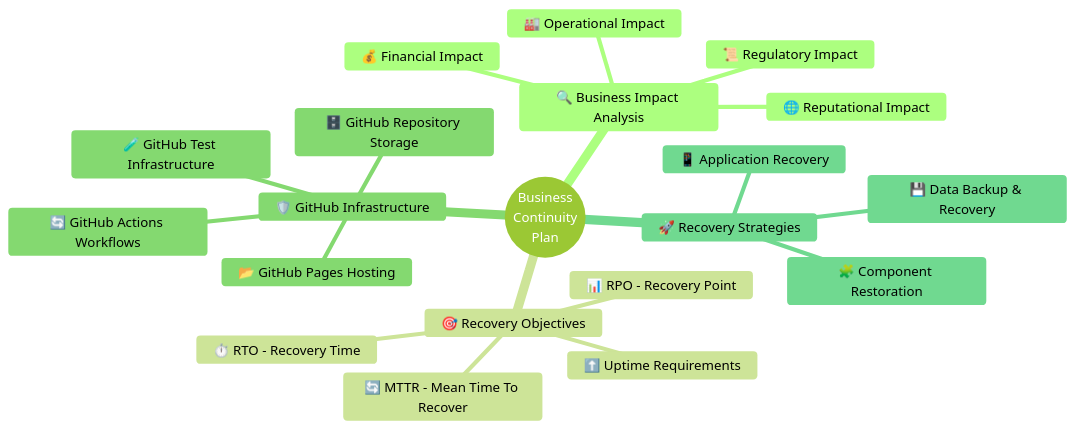
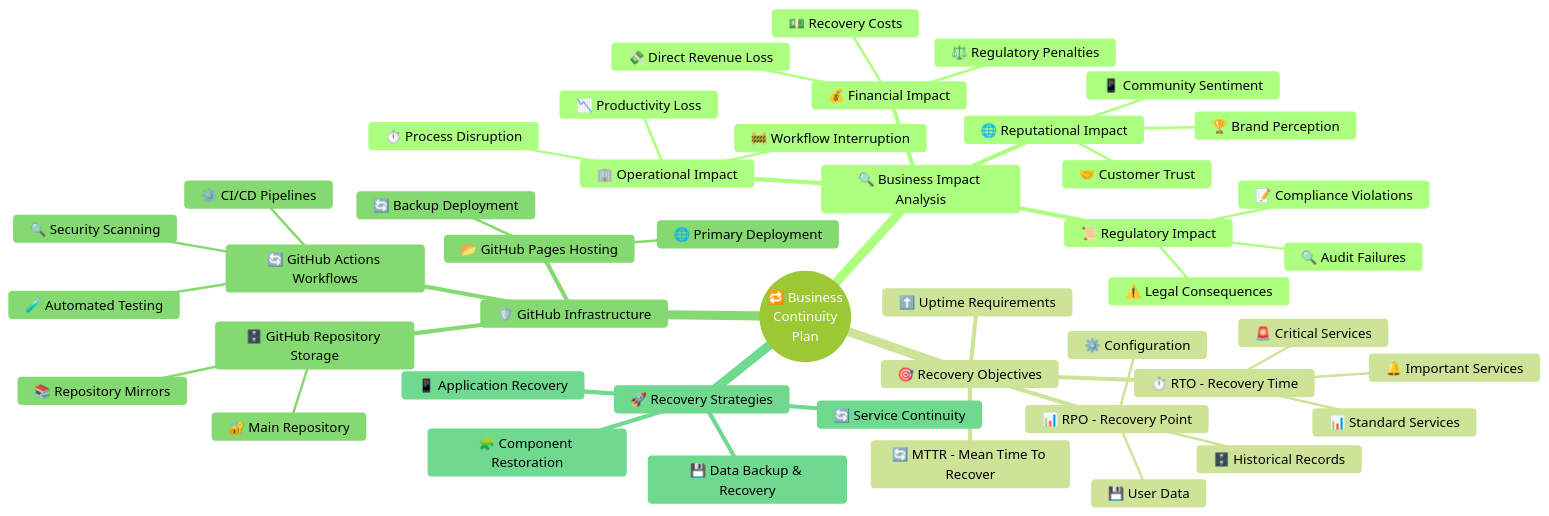
Before and after one commit to Hack23/cia-compliance-manager: the first of 33 diagrams in docs/architecture/BCPPlan.md, drawn with Mermaid (forest theme). The commit also changed other lines of this file, not shown here.

Commit message:
refactor: streamline test setup and enhance mock data for improved reliability and consistency

````diff
--- a/docs/architecture/BCPPlan.md
+++ b/docs/architecture/BCPPlan.md
@@ -7,23 +7,48 @@
 ```mermaid
 mindmap
-  root((Business<br>Continuity<br>Plan))
+  root((🔁 Business<br>Continuity<br>Plan))
     🔍 Business Impact Analysis
       💰 Financial Impact
-      🏭 Operational Impact
+        💸 Direct Revenue Loss
+        💵 Recovery Costs
+        ⚖️ Regulatory Penalties
+      🏢 Operational Impact
+        ⏱️ Process Disruption
+        📉 Productivity Loss
+        🚧 Workflow Interruption
       🌐 Reputational Impact
+        🤝 Customer Trust
+        🏆 Brand Perception
+        📱 Community Sentiment
       📜 Regulatory Impact
+        📝 Compliance Violations
+        🔍 Audit Failures
+        ⚠️ Legal Consequences
     🎯 Recovery Objectives
       ⏱️ RTO - Recovery Time
+        🚨 Critical Services
+        🔔 Important Services
+        📊 Standard Services
       📊 RPO - Recovery Point
+        💾 User Data
+        ⚙️ Configuration
+        🗄️ Historical Records
       🔄 MTTR - Mean Time To Recover
       ⬆️ Uptime Requirements
     🛡️ GitHub Infrastructure
       📂 GitHub Pages Hosting
+        🌐 Primary Deployment
+        🔄 Backup Deployment
       🗄️ GitHub Repository Storage
+        🔐 Main Repository
+        📚 Repository Mirrors
       🔄 GitHub Actions Workflows
-      🧪 GitHub Test Infrastructure
+        ⚙️ CI/CD Pipelines
+        🧪 Automated Testing
+        🔍 Security Scanning
     🚀 Recovery Strategies
       💾 Data Backup & Recovery
       📱 Application Recovery
       🧩 Component Restoration
+      🔄 Service Continuity
 ```
````
